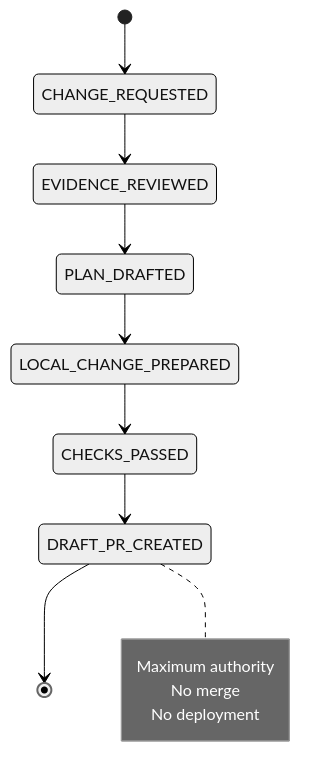
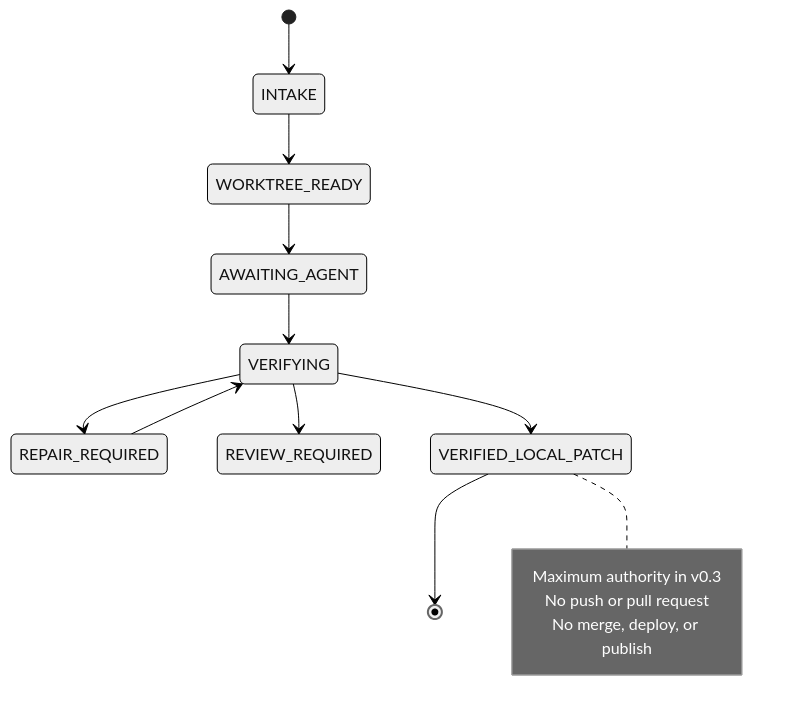
Before and after one commit to DarkTouiZ/auto-repoflow: diagram 18 of 20 in docs/SYSTEM_FLOW_GUIDE_TH.md, drawn with Mermaid (neutral theme). The commit also changed other lines of this file and 26 other files, not shown here.

Commit message:
feat: add verified local ChangeRun v0.3

````diff
--- a/docs/SYSTEM_FLOW_GUIDE_TH.md
+++ b/docs/SYSTEM_FLOW_GUIDE_TH.md
@@ -480,16 +481,18 @@
 ```mermaid
 stateDiagram-v2
-    [*] --> CHANGE_REQUESTED
-    CHANGE_REQUESTED --> EVIDENCE_REVIEWED
-    EVIDENCE_REVIEWED --> PLAN_DRAFTED
-    PLAN_DRAFTED --> LOCAL_CHANGE_PREPARED
-    LOCAL_CHANGE_PREPARED --> CHECKS_PASSED
-    CHECKS_PASSED --> DRAFT_PR_CREATED
-    DRAFT_PR_CREATED --> [*]
+    [*] --> INTAKE
+    INTAKE --> WORKTREE_READY
+    WORKTREE_READY --> AWAITING_AGENT
+    AWAITING_AGENT --> VERIFYING
+    VERIFYING --> REPAIR_REQUIRED
+    REPAIR_REQUIRED --> VERIFYING
+    VERIFYING --> REVIEW_REQUIRED
+    VERIFYING --> VERIFIED_LOCAL_PATCH
+    VERIFIED_LOCAL_PATCH --> [*]
 
-    note right of DRAFT_PR_CREATED
-        Maximum authority
-        No merge
-        No deployment
+    note right of VERIFIED_LOCAL_PATCH
+        Maximum authority in v0.3
+        No push or pull request
+        No merge, deploy, or publish
     end note
 ```
````
